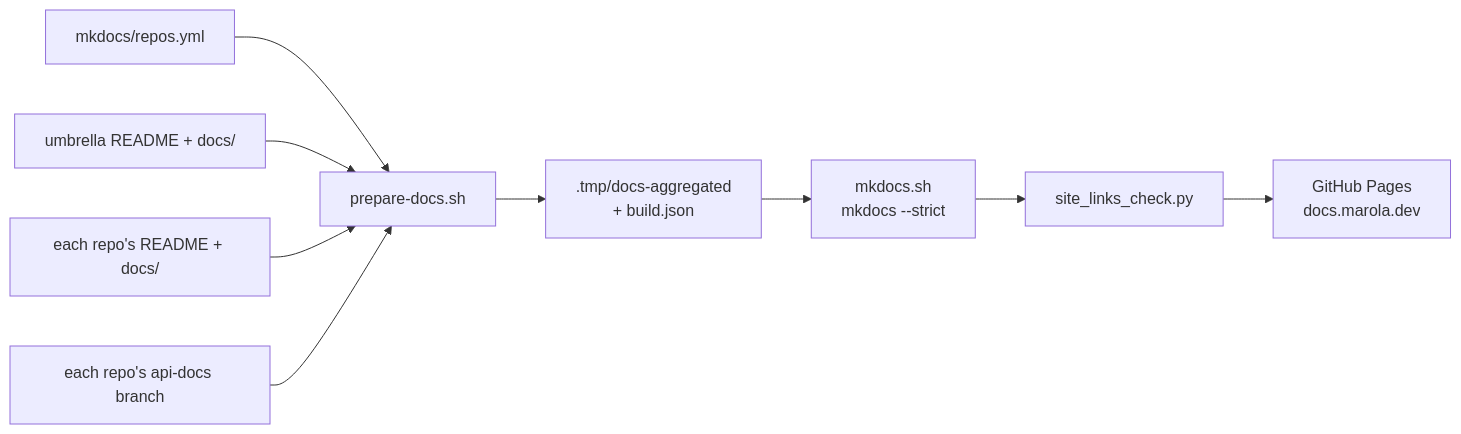
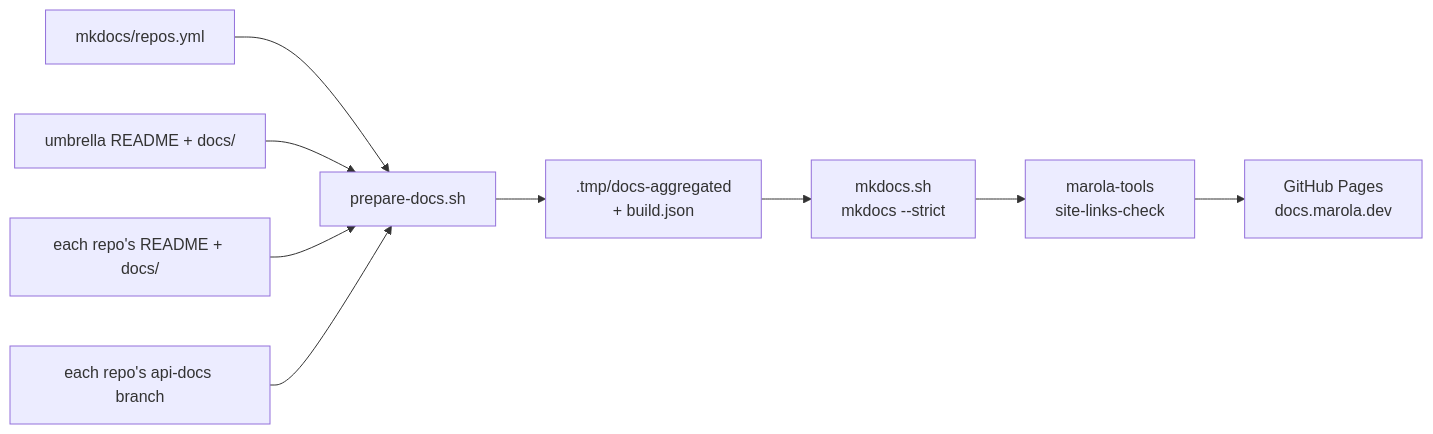
One commit to marola-dev/marola changed the diagram in docs/3-Ways-of-working/DOCS-SITE.md. Above: the diagram before and after it, drawn with Mermaid. The commit also changed other lines of this file and 71 other files, not shown here.

First line of the commit message:
chore: remove Python from the umbrella (marola-tools in Rust); README with logo v2, figures and reading time (#922)

````diff
--- a/docs/3-Ways-of-working/DOCS-SITE.md
+++ b/docs/3-Ways-of-working/DOCS-SITE.md
@@ -11,11 +11,11 @@
 ```mermaid
 flowchart LR
   repos["mkdocs/repos.yml"] --> prep["prepare-docs.sh"]
   umb["umbrella README + docs/"] --> prep
   sub["each repo's README + docs/"] --> prep
   api["each repo's api-docs branch"] --> prep
   prep --> tree[".tmp/docs-aggregated<br/>+ build.json"]
   tree --> mk["mkdocs.sh<br/>mkdocs --strict"]
-  mk --> check["site_links_check.py"]
+  mk --> check["marola-tools<br/>site-links-check"]
   check --> pages["GitHub Pages<br/>docs.marola.dev"]
 ```
````
